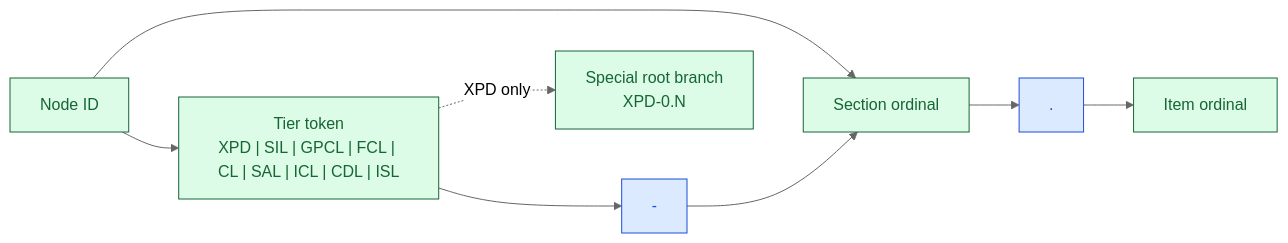
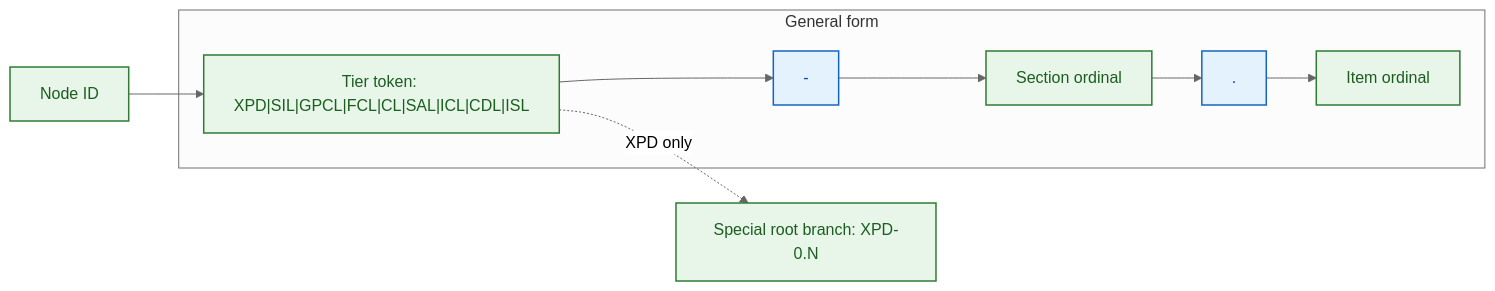
One commit to formosa/Antigravity changed the eighth of 28 diagrams in .agent/assets/proposals/active/v6.3/ddr_ref_manual_v6.3.md. Above: the diagram before and after it, drawn with Mermaid (neutral theme). The commit also changed other lines of this file and 76 other files, not shown here.

Commit message:
feat: formalize DDR system v6.2 and v6.3 proposals with issue resolution reports and updated schema definitions.

````diff
--- a/.agent/assets/proposals/active/v6.3/ddr_ref_manual_v6.3.md
+++ b/.agent/assets/proposals/active/v6.3/ddr_ref_manual_v6.3.md
@@ -493,20 +559,23 @@
 ```mermaid
 flowchart LR
+    accTitle: Node ID grammar decomposition
+    accDescr: Breaks a DDR node ID into its tier token, punctuation tokens, section ordinal, item ordinal, and the XPD root exception.
     ID["Node ID"]
-    TIER["Tier token<br/>XPD | SIL | GPCL | FCL | CL | SAL | ICL | CDL | ISL"]
-    DASH["-"]
-    SECTION["Section ordinal"]
-    DOT["."]
-    ITEM["Item ordinal"]
-    ROOT["Special root branch<br/>XPD-0.N"]
+    subgraph GENERAL["General form"]
+        TIER["Tier token: XPD|SIL|GPCL|FCL|CL|SAL|ICL|CDL|ISL"]
+        DASH["-"]
+        SECTION["Section ordinal"]
+        DOT["."]
+        ITEM["Item ordinal"]
+    end
+    ROOT["Special root branch: XPD-0.N"]
 
     ID --> TIER
-    ID --> SECTION
     TIER --> DASH --> SECTION --> DOT --> ITEM
     TIER -. XPD only .-> ROOT
 
-    classDef normative fill:#dcfce7,stroke:#166534,color:#166534;
-    classDef schema fill:#dbeafe,stroke:#1d4ed8,color:#1d4ed8;
+    classDef normative fill:#e8f5e9,stroke:#2e7d32,color:#1b5e20,stroke-width:1.5px;
+    classDef schema fill:#e3f2fd,stroke:#1565c0,color:#0d47a1,stroke-width:1.5px;
     class ID,TIER,SECTION,ITEM,ROOT normative;
     class DASH,DOT schema;
 ```
````
